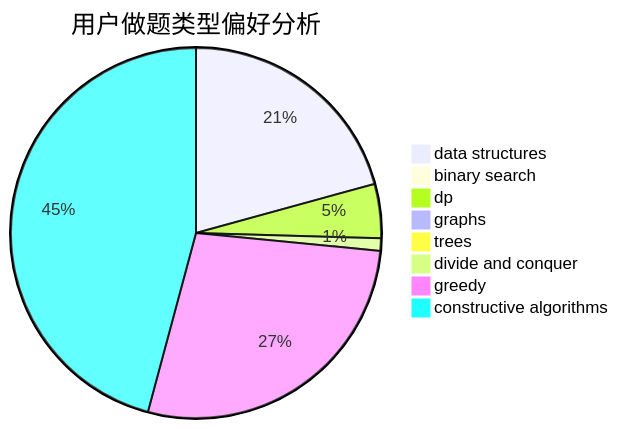
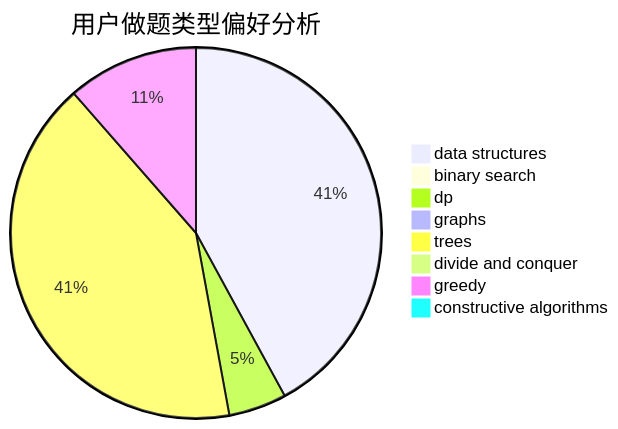
The second of 3 diagrams in docs/user/u1824.md (sherpahu/cfrs.github.io), drawn with Mermaid before and after one commit. The commit also changed other lines of this file and 2770 other files, not shown here.

````diff
--- a/docs/user/u1824.md
+++ b/docs/user/u1824.md
@@ -23,11 +23,11 @@
 ```mermaid
 pie title 用户做题类型偏好分析
-    "data structures" :  57
-    "binary search" :  1
-    "dp" :  13
-    "graphs" :  1
-    "trees" :  0
-    "divide and conquer" :  3
-    "greedy" :  76
-    "constructive algorithms" :  126
+    "data structures" :  408
+    "binary search" :  2
+    "dp" :  49
+    "graphs" :  9
+    "trees" :  402
+    "divide and conquer" :  0
+    "greedy" :  111
+    "constructive algorithms" :  3
 ```
````
